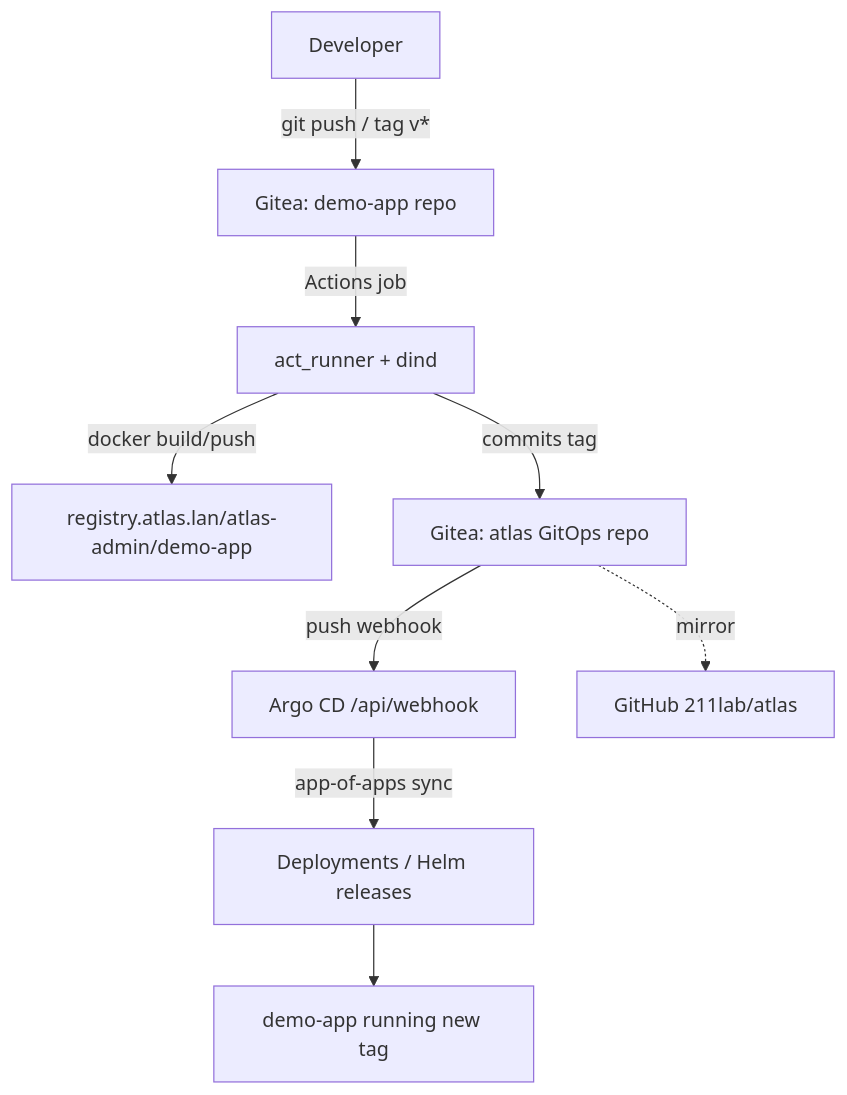
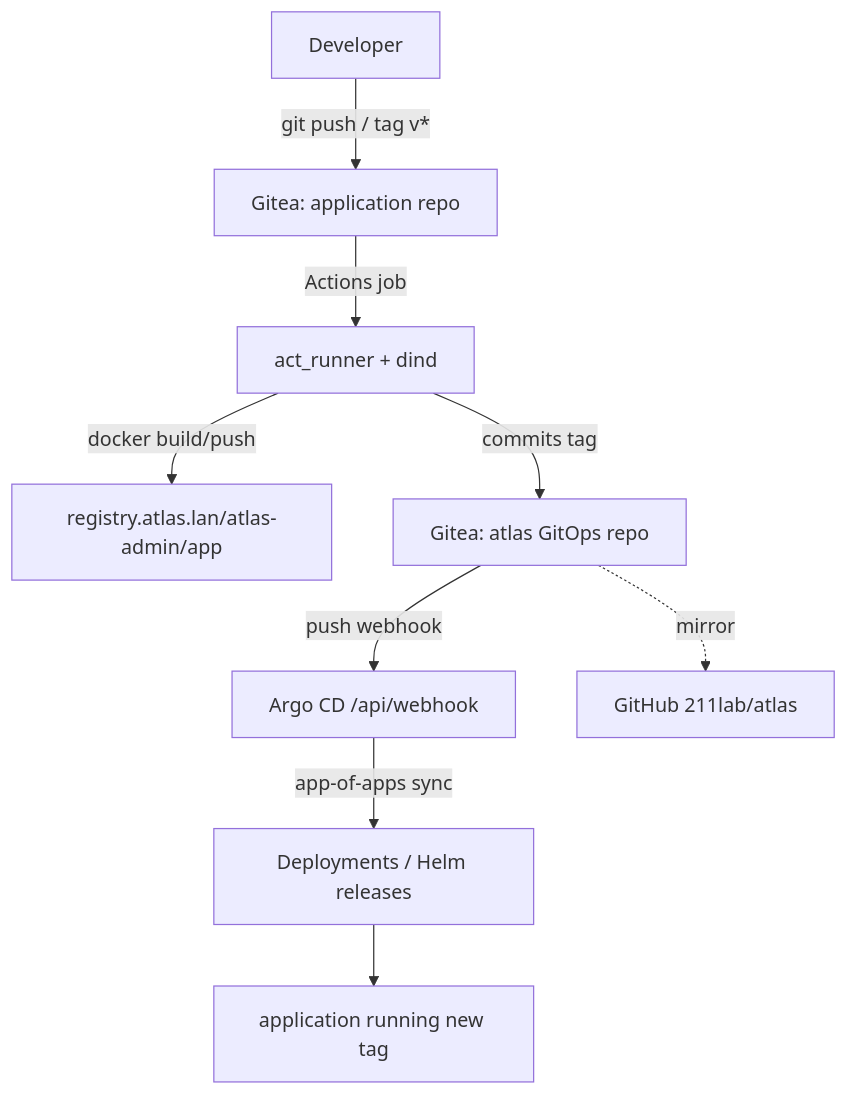
Before and after one commit to 211lab/atlas: the eighth of 9 diagrams in docs/c4-architecture.md, drawn with Mermaid. The commit also changed other lines of this file and 22 other files, not shown here.

Commit message:
chore(demo-app): retire demo workload and example

````diff
--- a/docs/c4-architecture.md
+++ b/docs/c4-architecture.md
@@ -298,11 +296,11 @@
 ```mermaid
 flowchart TD
-    Dev[Developer] -->|git push / tag v*| G[Gitea: demo-app repo]
+    Dev[Developer] -->|git push / tag v*| G[Gitea: application repo]
     G -->|Actions job| Runner[act_runner + dind]
-    Runner -->|docker build/push| Reg[registry.atlas.lan/atlas-admin/demo-app]
+    Runner -->|docker build/push| Reg[registry.atlas.lan/atlas-admin/app]
     Runner -->|commits tag| Repo[Gitea: atlas GitOps repo]
     Repo -->|push webhook| Argo[Argo CD /api/webhook]
     Argo -->|app-of-apps sync| K8s[Deployments / Helm releases]
-    K8s --> Demo[demo-app running new tag]
+    K8s --> App[application running new tag]
     Repo -. mirror .-> Hub[GitHub 211lab/atlas]
 ```
````
